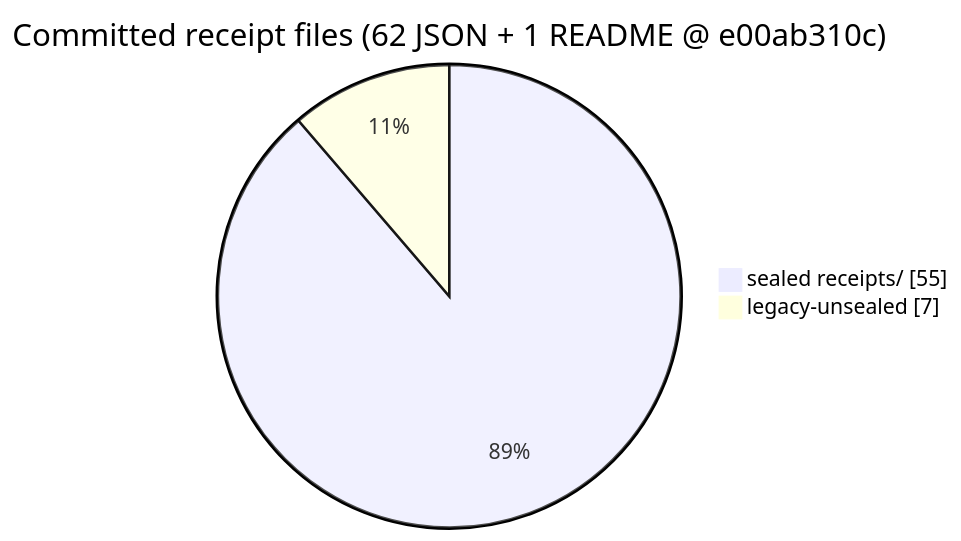
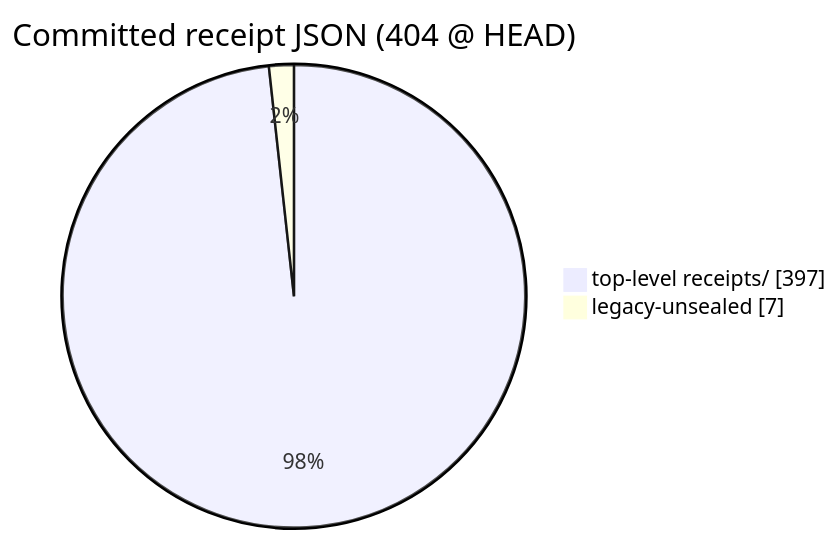
One commit to artificial-hedge/dipcatcher changed diagram 16 of 32 in README.md. Above: the diagram before and after it, drawn with Mermaid. The commit also changed other lines of this file and 3 other files, not shown here.

````diff
--- a/README.md
+++ b/README.md
@@ -1147,6 +1148,6 @@
 ```mermaid
 pie showData
-  title Committed receipt files (62 JSON + 1 README @ e00ab310c)
-  "sealed receipts/" : 55
+  title Committed receipt JSON (404 @ HEAD)
+  "top-level receipts/" : 397
   "legacy-unsealed" : 7
 ```
````
